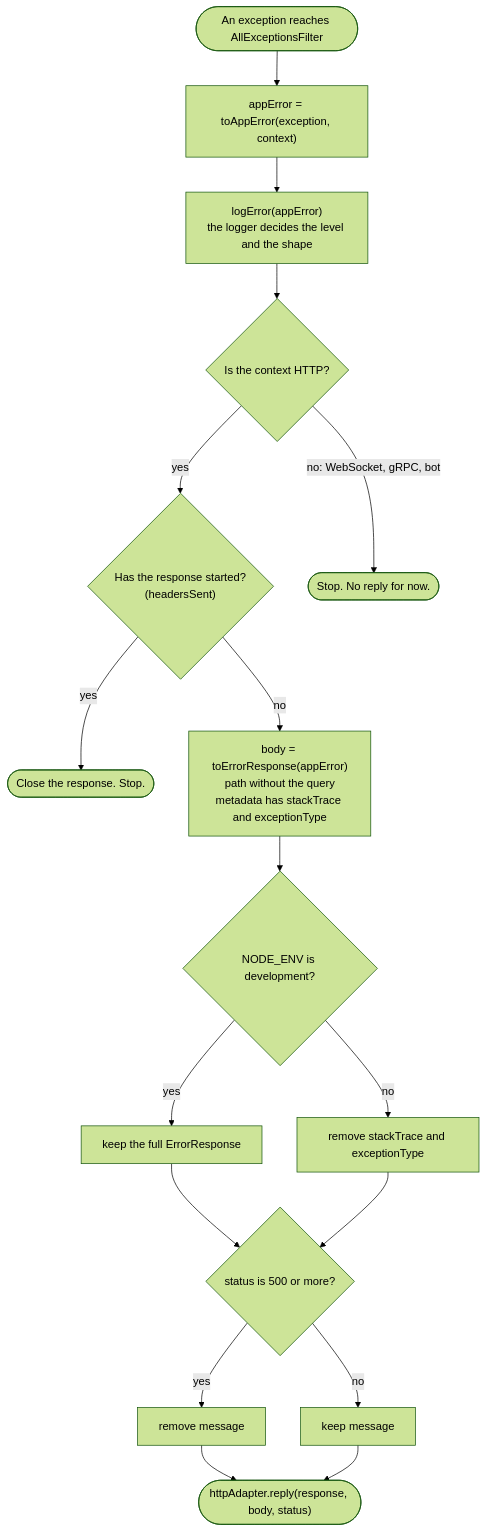
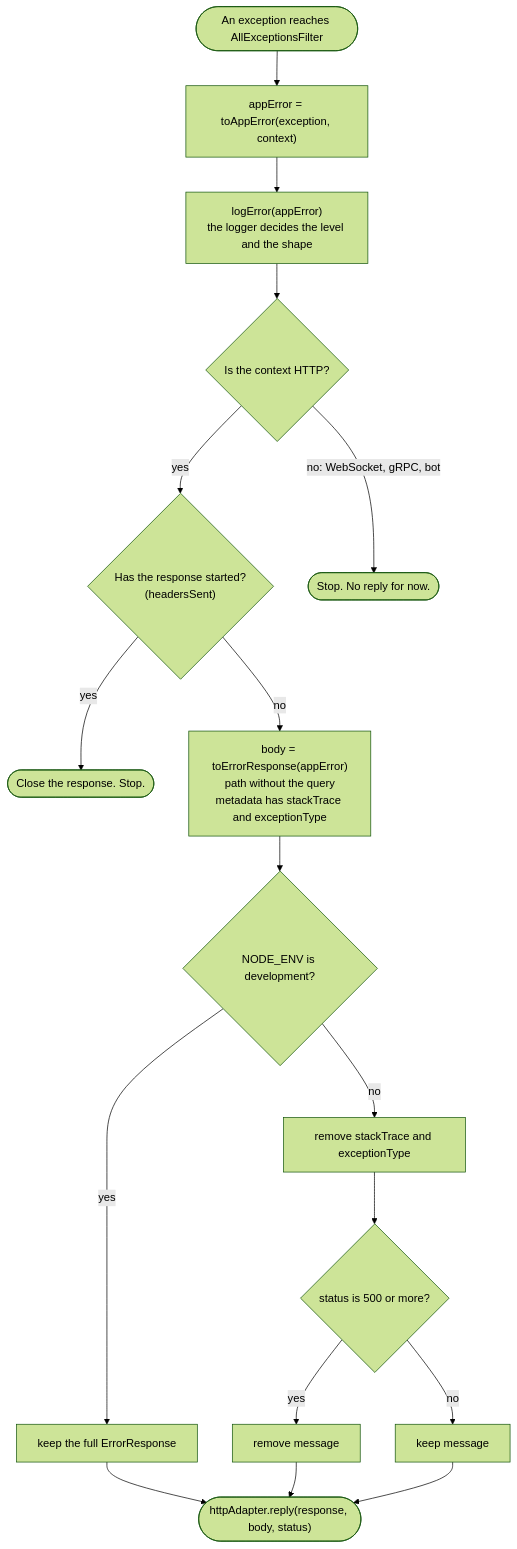
One commit to CyberBrainiac/job-search-automation-tool changed the fifth of 6 diagrams in docs/error-handling-improvements.md. Above: the diagram before and after it, drawn with Mermaid (forest theme). The commit also changed other lines of this file, not shown here.

First line of the commit message:
docs(root): keep the full error response in development

````diff
--- a/docs/error-handling-improvements.md
+++ b/docs/error-handling-improvements.md
@@ -319,19 +319,19 @@
 ```mermaid
 flowchart TD
   A(["An exception reaches AllExceptionsFilter"]) --> B["appError = toAppError(exception, context)"]
   B --> C["logError(appError)<br/>the logger decides the level and the shape"]
   C --> D{"Is the context HTTP?"}
   D -- "yes" --> E{"Has the response started?<br/>(headersSent)"}
   D -- "no: WebSocket, gRPC, bot" --> X(["Stop. No reply for now."])
   E -- "yes" --> Y(["Close the response. Stop."])
   E -- "no" --> G["body = toErrorResponse(appError)<br/>path without the query<br/>metadata has stackTrace and exceptionType"]
   G --> J{"NODE_ENV is development?"}
   J -- "yes" --> J1["keep the full ErrorResponse"]
+  J1 --> L(["httpAdapter.reply(response, body, status)"])
   J -- "no" --> K["remove stackTrace and exceptionType"]
-  J1 --> H{"status is 500 or more?"}
-  K --> H
+  K --> H{"status is 500 or more?"}
   H -- "yes" --> I["remove message"]
   H -- "no" --> H1["keep message"]
-  I --> L(["httpAdapter.reply(response, body, status)"])
+  I --> L
   H1 --> L
 ```
````
